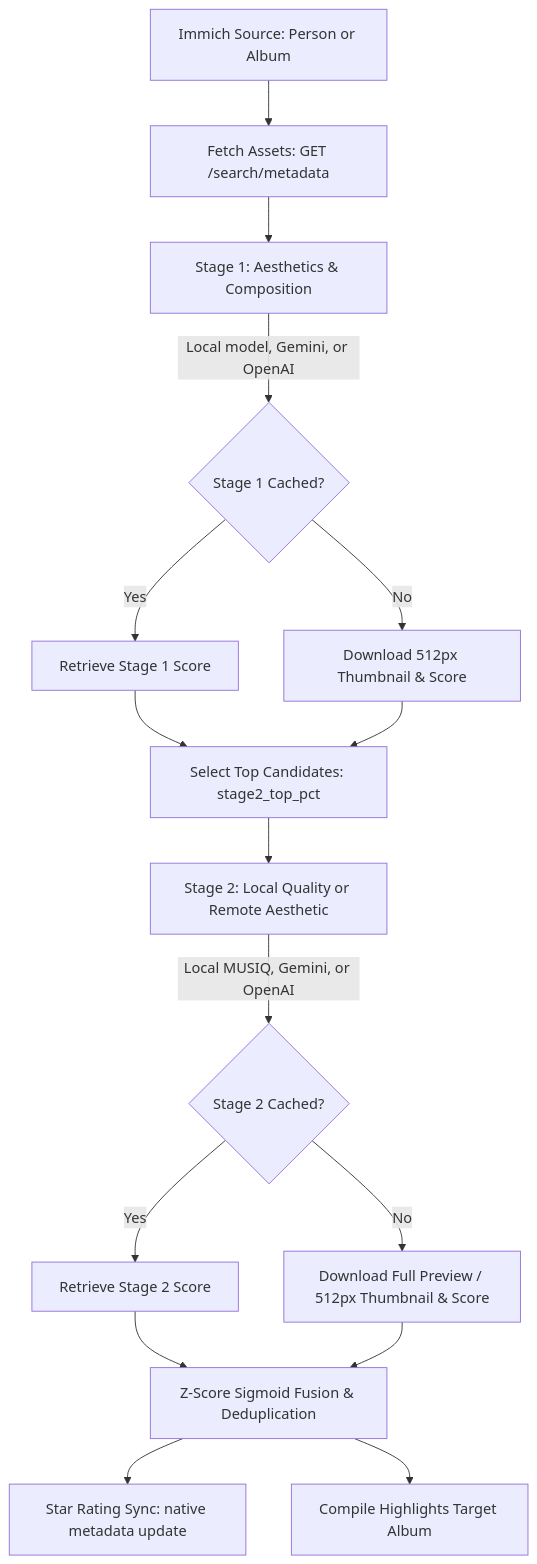
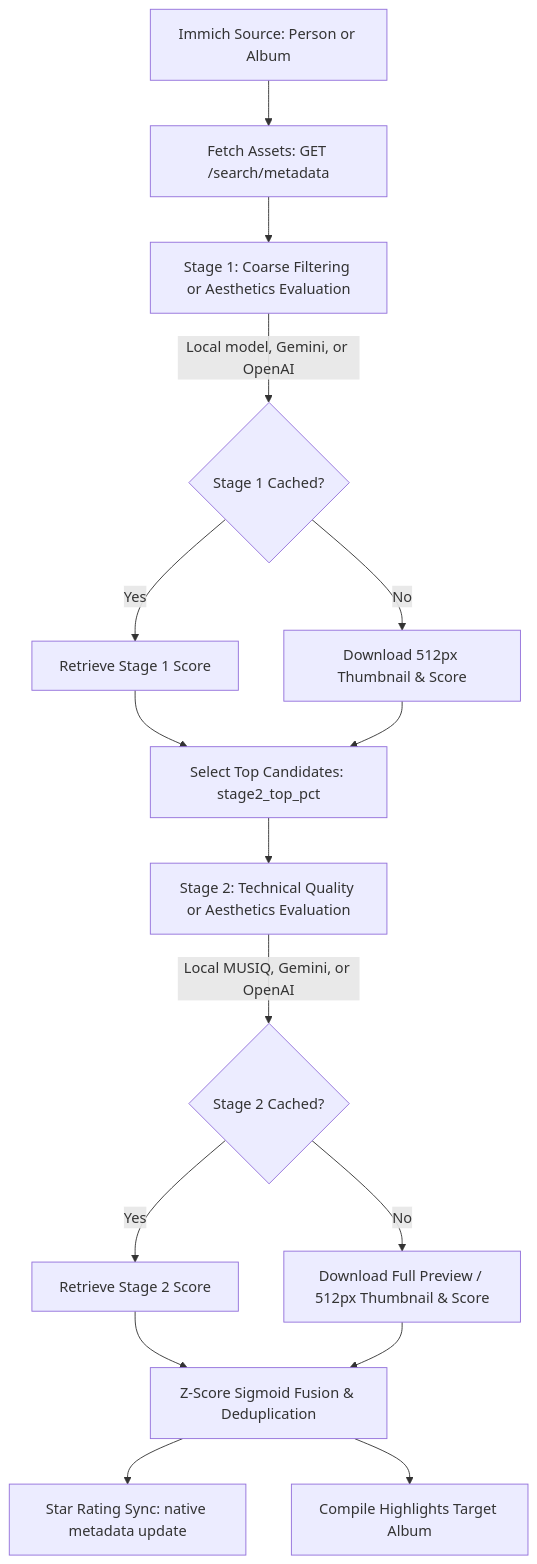
One commit to jbelew/immich-aesthetic-scorer changed the diagram in README.md. Above: the diagram before and after it, drawn with Mermaid. The commit also changed other lines of this file, not shown here.

Commit message:
docs: clarify Stage 1 and Stage 2 pipeline stage distinctions in README

````diff
--- a/README.md
+++ b/README.md
@@ -17,18 +17,18 @@
 ```mermaid
 graph TD
     A[Immich Source: Person or Album] --> B[Fetch Assets: GET /search/metadata]
-    B --> C[Stage 1: Aesthetics & Composition]
+    B --> C[Stage 1: Coarse Filtering or Aesthetics Evaluation]
     C -->|Local model, Gemini, or OpenAI| D{Stage 1 Cached?}
     D -->|Yes| E[Retrieve Stage 1 Score]
     D -->|No| F[Download 512px Thumbnail & Score]
     E --> G[Select Top Candidates: stage2_top_pct]
     F --> G
-    G --> H[Stage 2: Local Quality or Remote Aesthetic]
+    G --> H[Stage 2: Technical Quality or Aesthetics Evaluation]
     H -->|Local MUSIQ, Gemini, or OpenAI| I{Stage 2 Cached?}
     I -->|Yes| J[Retrieve Stage 2 Score]
     I -->|No| K[Download Full Preview / 512px Thumbnail & Score]
     J --> L[Z-Score Sigmoid Fusion & Deduplication]
     K --> L
     L --> M[Star Rating Sync: native metadata update]
     L --> N[Compile Highlights Target Album]
 ```
````
